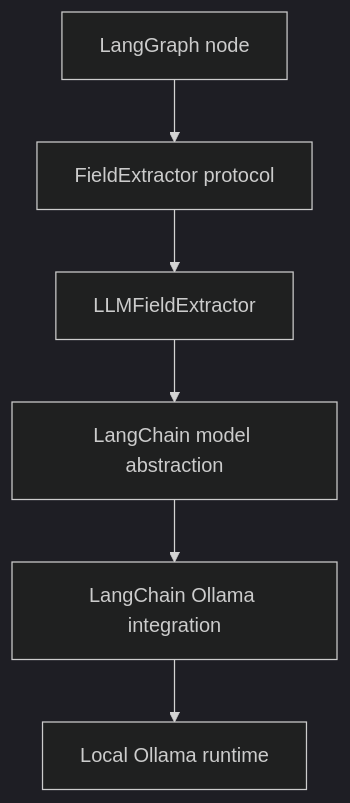
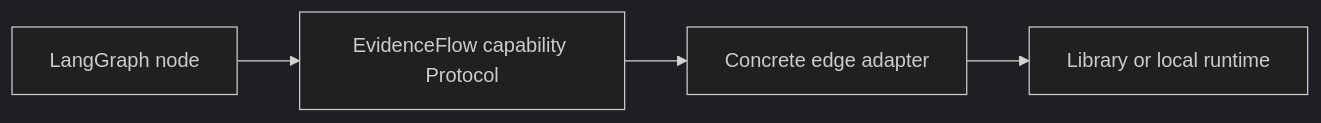
Before and after one commit to Furkan-rgb/EvidenceFlow: the second of 2 diagrams in README.md, drawn with Mermaid (dark theme). The commit also changed other lines of this file and 8 other files, not shown here.

Commit message:
docs: explain architecture and local setup

````diff
--- a/README.md
+++ b/README.md
@@ -84,8 +129,6 @@
 ```mermaid
-flowchart TD
-    G[LangGraph node] --> P[FieldExtractor protocol]
-    P --> S[LLMFieldExtractor]
-    S --> LC[LangChain model abstraction]
-    LC --> LO[LangChain Ollama integration]
-    LO --> O[Local Ollama runtime]
+flowchart LR
+    N[LangGraph node] --> P[EvidenceFlow capability Protocol]
+    P --> A[Concrete edge adapter]
+    A --> L[Library or local runtime]
 ```
````
